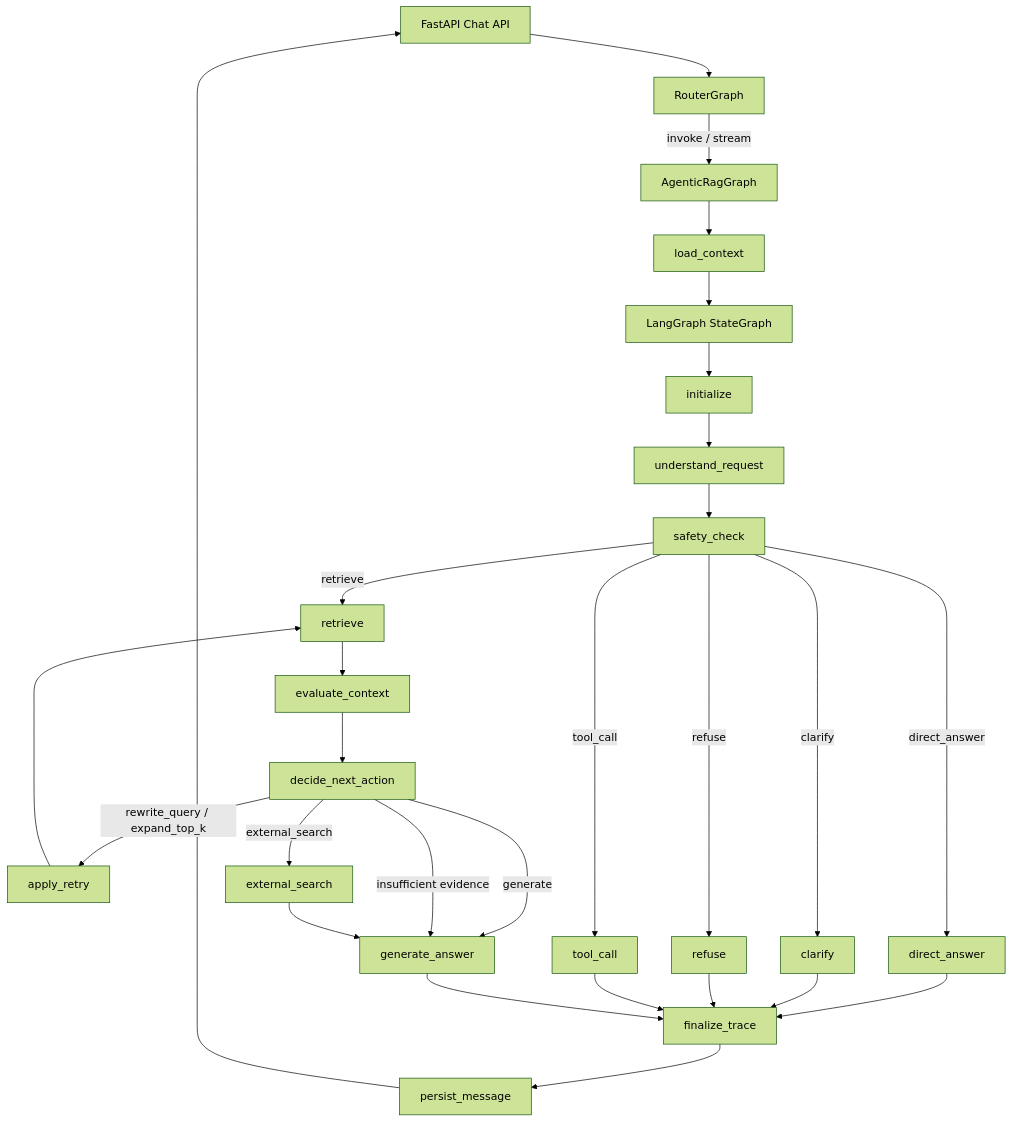
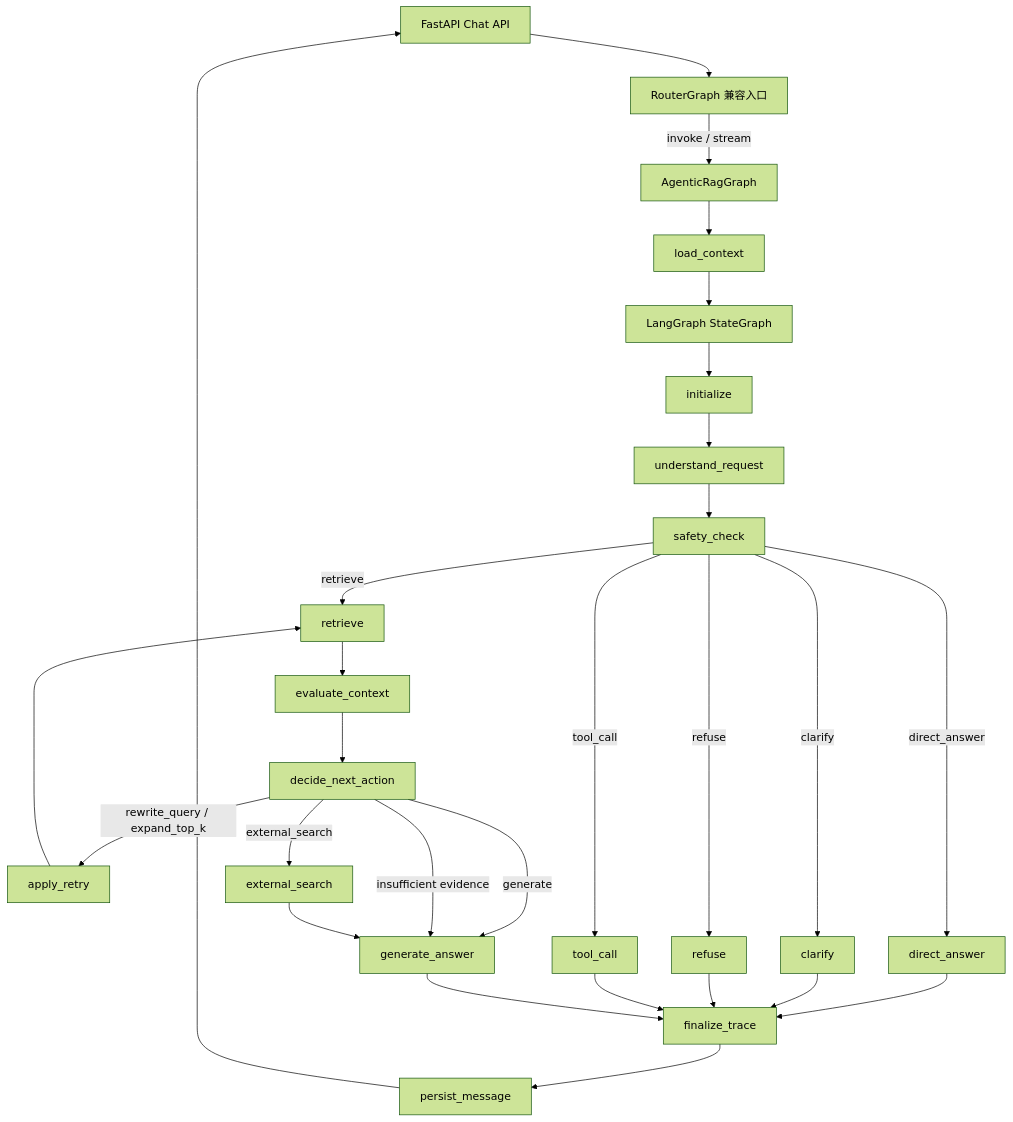
Before and after one commit to Aria-doufan/NexusKB-: the first of 2 diagrams in docs/project_guide/modules/agent-router.md, drawn with Mermaid (forest theme). The commit also changed 7 other files, not shown here.

Commit message:
Update project architecture documentation

````diff
--- a/docs/project_guide/modules/agent-router.md
+++ b/docs/project_guide/modules/agent-router.md
@@ -17,36 +17,36 @@
 ```mermaid
 flowchart TD
-    API[FastAPI Chat API] --> RG[RouterGraph]
+    API[FastAPI Chat API] --> RG[RouterGraph 兼容入口]
     RG -->|invoke / stream| AG[AgenticRagGraph]
 
     AG --> LC[load_context]
     LC --> LG[LangGraph StateGraph]
 
     LG --> Init[initialize]
     Init --> Understand[understand_request]
     Understand --> Safety[safety_check]
 
     Safety -->|direct_answer| Direct[direct_answer]
     Safety -->|clarify| Clarify[clarify]
     Safety -->|refuse| Refuse[refuse]
     Safety -->|tool_call| Tool[tool_call]
     Safety -->|retrieve| Retrieve[retrieve]
 
     Retrieve --> Eval[evaluate_context]
     Eval --> Decide[decide_next_action]
     Decide -->|rewrite_query / expand_top_k| Retry[apply_retry]
     Retry --> Retrieve
     Decide -->|external_search| External[external_search]
     Decide -->|generate| Generate[generate_answer]
     Decide -->|insufficient evidence| Generate
 
     Direct --> Final[finalize_trace]
     Clarify --> Final
     Refuse --> Final
     Tool --> Final
     External --> Generate
     Generate --> Final
 
     Final --> Persist[persist_message]
     Persist --> API
 ```
````
